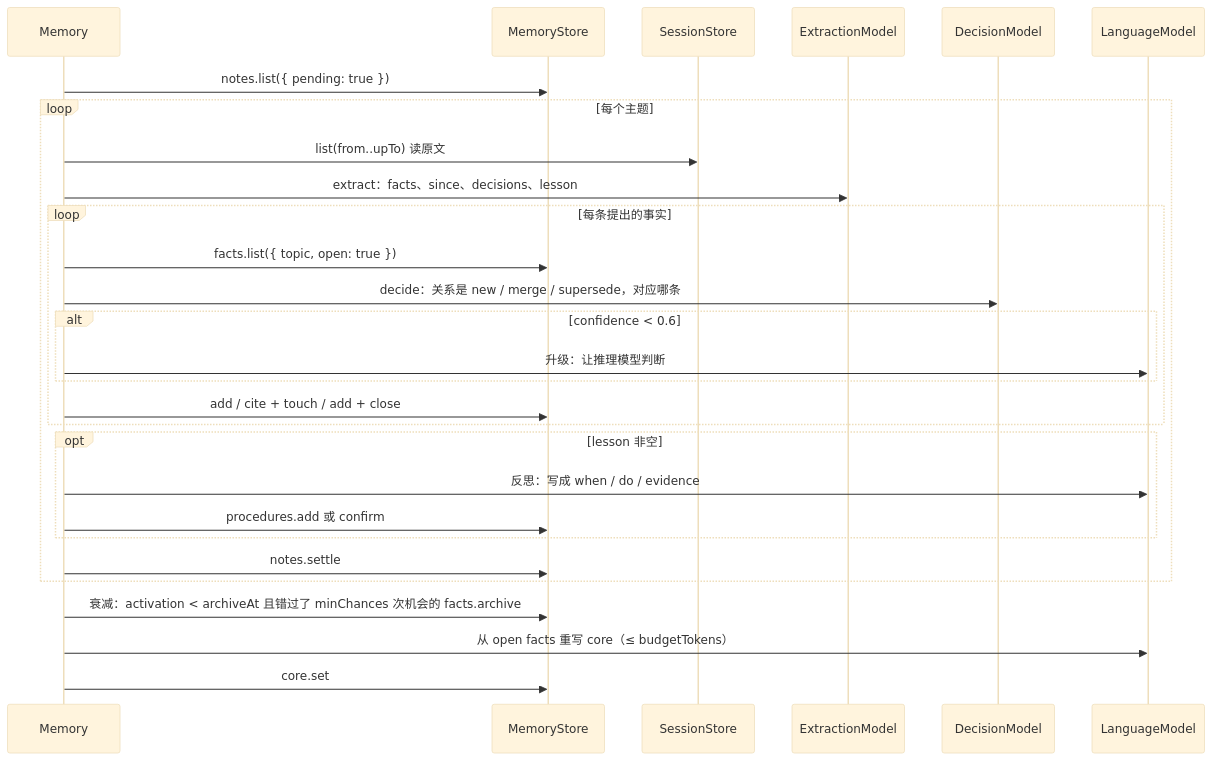
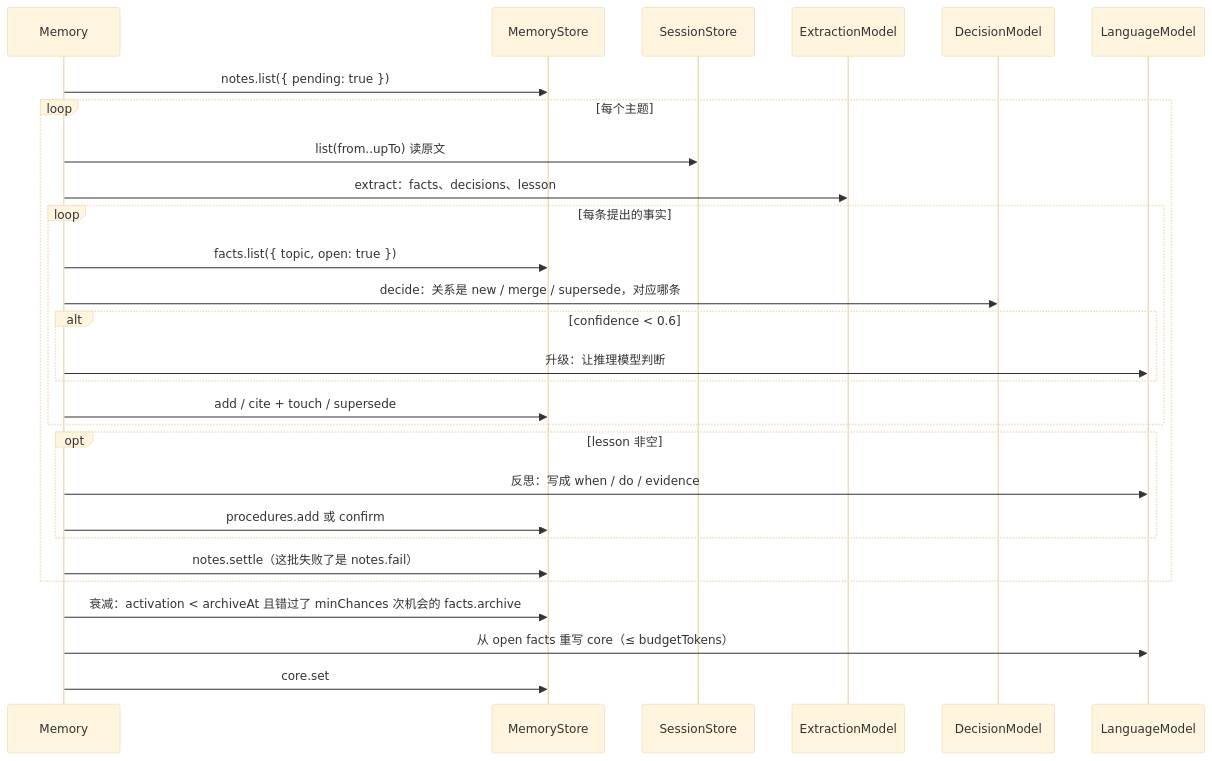
The fourth of 5 diagrams in docs/architecture.md (modelctx-ai/ctx), drawn with Mermaid (base theme) before and after one commit. The commit also changed other lines of this file and 26 other files, not shown here.

````diff
--- a/docs/architecture.md
+++ b/docs/architecture.md
@@ -645,30 +648,30 @@
 ```mermaid
 sequenceDiagram
   participant M as Memory
   participant S as MemoryStore
   participant L as SessionStore
   participant X as ExtractionModel
   participant D as DecisionModel
   participant LM as LanguageModel
   M->>S: notes.list({ pending: true })
   loop 每个主题
     M->>L: list(from..upTo) 读原文
-    M->>X: extract：facts、since、decisions、lesson
+    M->>X: extract：facts、decisions、lesson
     loop 每条提出的事实
       M->>S: facts.list({ topic, open: true })
       M->>D: decide：关系是 new / merge / supersede，对应哪条
       alt confidence < 0.6
         M->>LM: 升级：让推理模型判断
       end
-      M->>S: add / cite + touch / add + close
+      M->>S: add / cite + touch / supersede
     end
     opt lesson 非空
       M->>LM: 反思：写成 when / do / evidence
       M->>S: procedures.add 或 confirm
     end
-    M->>S: notes.settle
+    M->>S: notes.settle（这批失败了是 notes.fail）
   end
   M->>S: 衰减：activation < archiveAt 且错过了 minChances 次机会的 facts.archive
   M->>LM: 从 open facts 重写 core（≤ budgetTokens）
   M->>S: core.set
 ```
````
